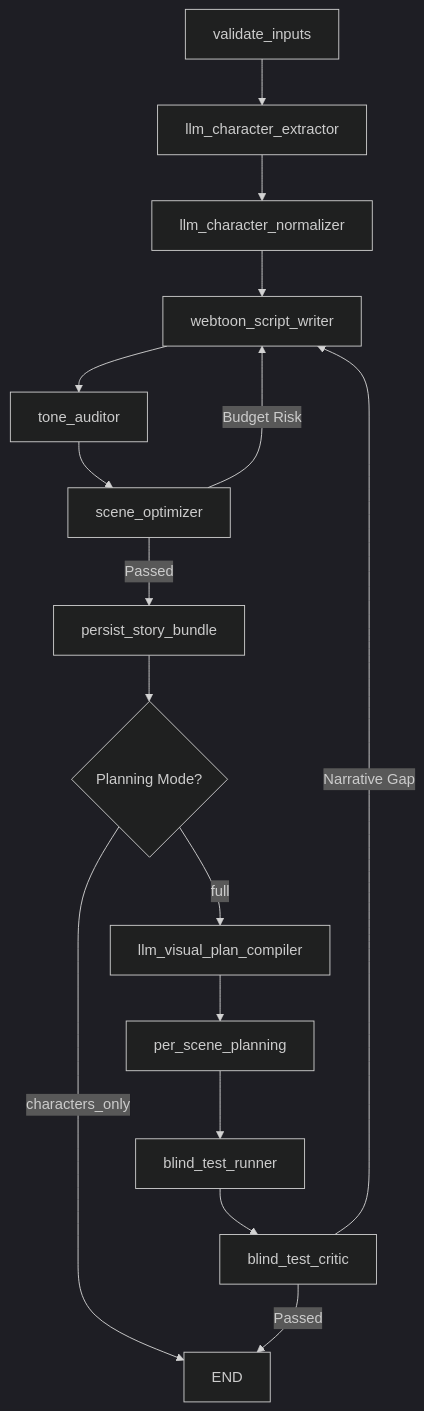
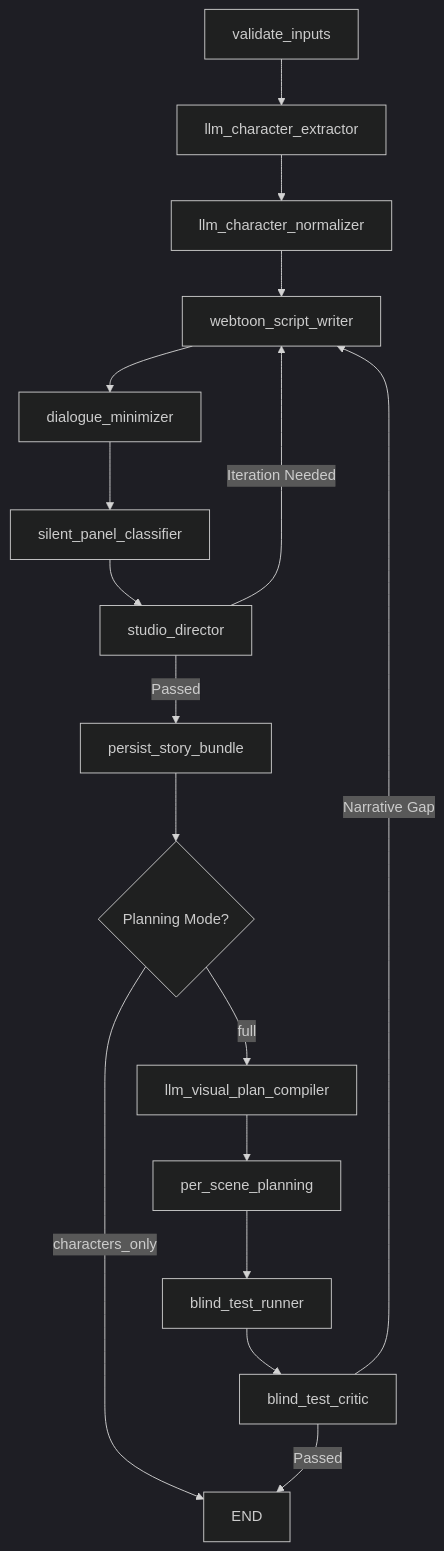
Before and after one commit to taigi0315/webtoon_ddalggak: the first of 3 diagrams in docs/02-langgraph-architecture.md, drawn with Mermaid (dark theme). The commit also changed other lines of this file and 6340 other files, not shown here.

````diff
--- a/docs/02-langgraph-architecture.md
+++ b/docs/02-langgraph-architecture.md
@@ -72,21 +73,22 @@
 ```mermaid
 graph TD
     A[validate_inputs] --> B[llm_character_extractor]
     B --> C[llm_character_normalizer]
     C --> D[webtoon_script_writer]
-    D --> E[tone_auditor]
-    E --> F[scene_optimizer]
+    D --> E[dialogue_minimizer]
+    E --> F[silent_panel_classifier]
+    F --> G[studio_director]
 
-    F -->|Budget Risk| D
-    F -->|Passed| G[persist_story_bundle]
+    G -->|Iteration Needed| D
+    G -->|Passed| H[persist_story_bundle]
 
-    G --> H{Planning Mode?}
-    H -->|characters_only| Z[END]
-    H -->|full| I[llm_visual_plan_compiler]
+    H --> I{Planning Mode?}
+    I -->|characters_only| Z[END]
+    I -->|full| J[llm_visual_plan_compiler]
 
-    I --> J[per_scene_planning]
-    J --> K[blind_test_runner]
-    K --> L[blind_test_critic]
-    L -->|Narrative Gap| D
-    L -->|Passed| Z
+    J --> K[per_scene_planning]
+    K --> L[blind_test_runner]
+    L --> M[blind_test_critic]
+    M -->|Narrative Gap| D
+    M -->|Passed| Z
 ```
````
